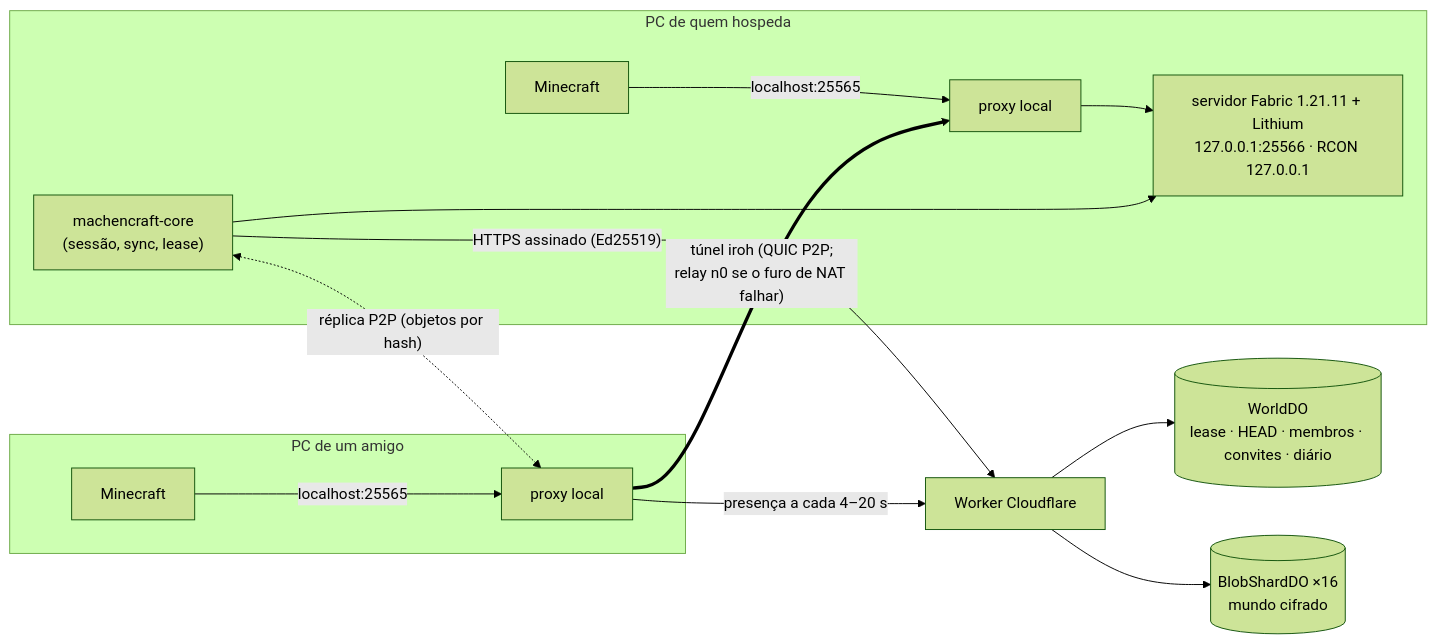
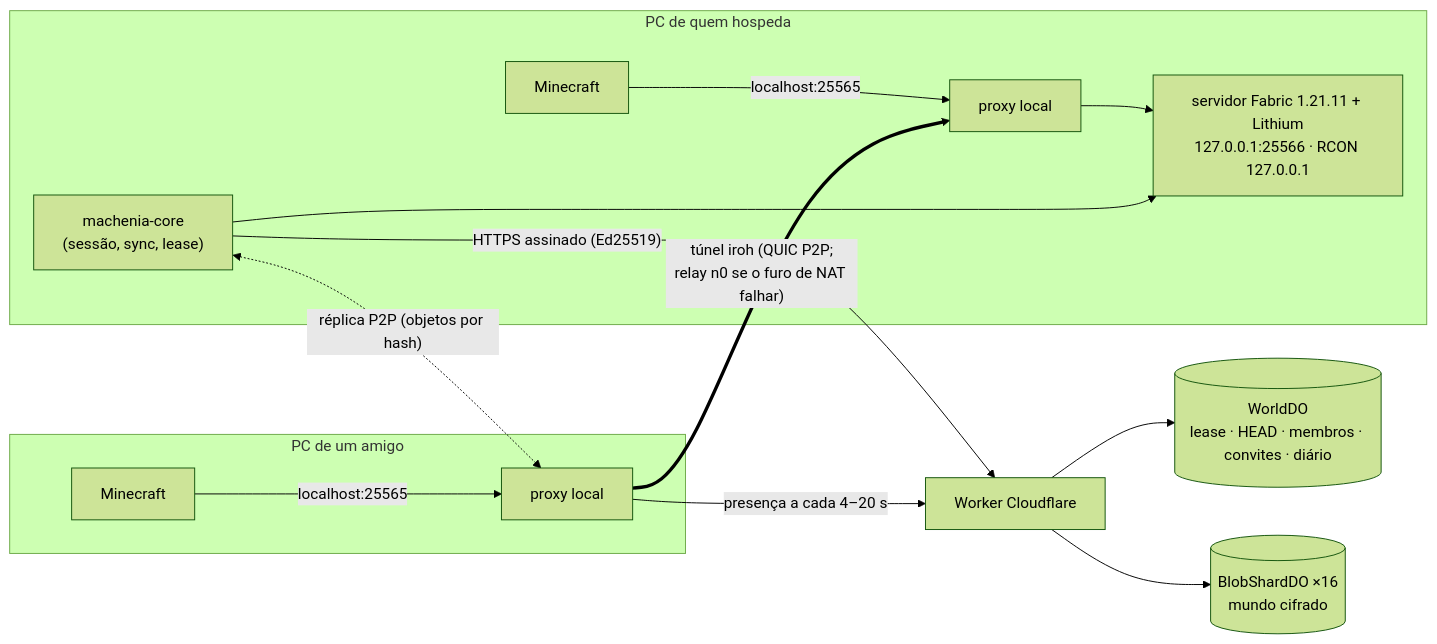
One commit to pauletor3world/pauletor3 changed the first of 2 diagrams in docs/arquitetura.md. Above: the diagram before and after it, drawn with Mermaid (forest theme). The commit also changed 96 other files, not shown here.

````diff
--- a/docs/arquitetura.md
+++ b/docs/arquitetura.md
@@ -3,17 +3,17 @@
 ```mermaid
 flowchart LR
   subgraph PC1["PC de quem hospeda"]
     MC1["Minecraft"] -->|"localhost:25565"| PX1["proxy local"]
     PX1 --> SRV["servidor Fabric 1.21.11 + Lithium<br/>127.0.0.1:25566 · RCON 127.0.0.1"]
-    CORE1["machencraft-core<br/>(sessão, sync, lease)"] --> SRV
+    CORE1["machenia-core<br/>(sessão, sync, lease)"] --> SRV
   end
   subgraph PC2["PC de um amigo"]
     MC2["Minecraft"] -->|"localhost:25565"| PX2["proxy local"]
   end
   PX2 == "túnel iroh (QUIC P2P;<br/>relay n0 se o furo de NAT falhar)" ==> PX1
   CORE1 <-. "réplica P2P (objetos por hash)" .-> PX2
   CORE1 -->|"HTTPS assinado (Ed25519)"| W["Worker Cloudflare"]
   PX2 -->|"presença a cada 4–20 s"| W
   W --> DO1[("WorldDO<br/>lease · HEAD · membros · convites · diário")]
   W --> DO2[("BlobShardDO ×16<br/>mundo cifrado")]
 ```
````
